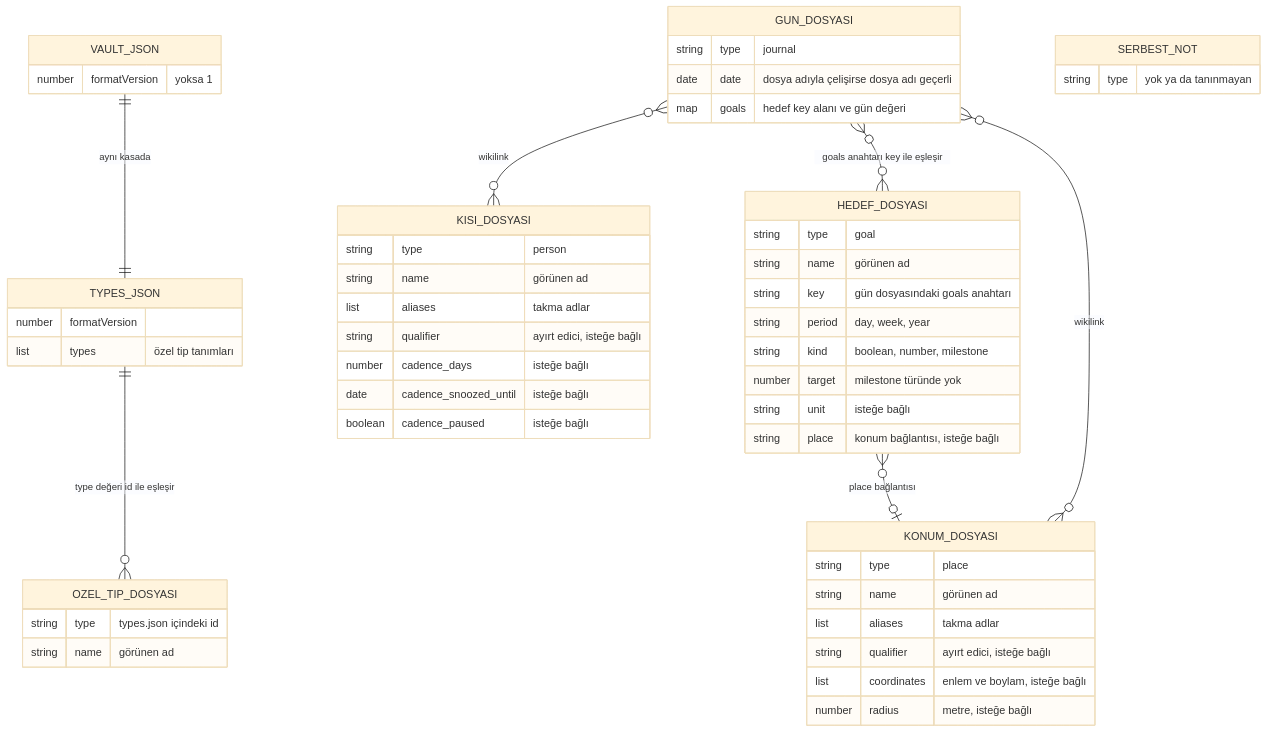
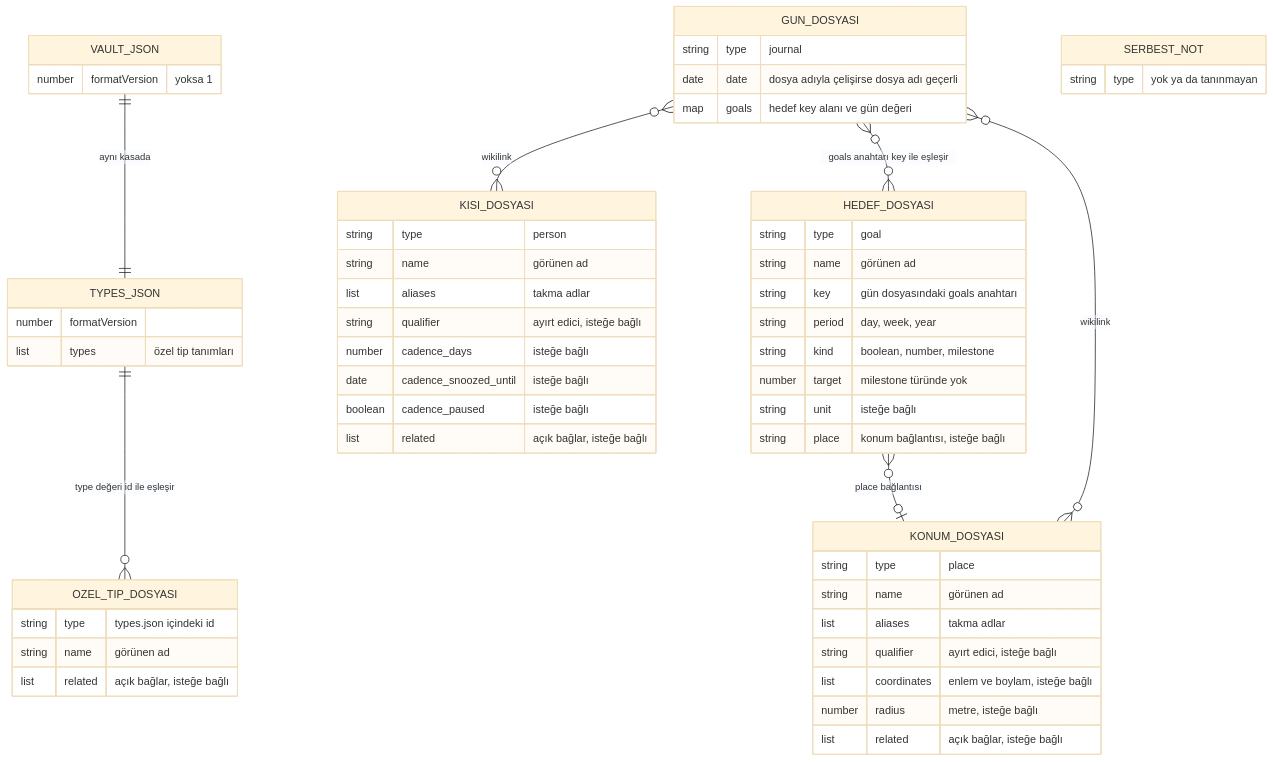
One commit to dogancanyildiz/kenet changed the sixth of 22 diagrams in docs/vault-format.md. Above: the diagram before and after it, drawn with Mermaid (base theme). The commit also changed other lines of this file, not shown here.

Commit message:
docs: kasa biçimine açık ilişkiler bölümü (#341)

````diff
--- a/docs/vault-format.md
+++ b/docs/vault-format.md
@@ -284,55 +284,58 @@
 ```mermaid
 erDiagram
   VAULT_JSON {
     number formatVersion "yoksa 1"
   }
   TYPES_JSON {
     number formatVersion
     list types "özel tip tanımları"
   }
   GUN_DOSYASI {
     string type "journal"
     date date "dosya adıyla çelişirse dosya adı geçerli"
     map goals "hedef key alanı ve gün değeri"
   }
   KISI_DOSYASI {
     string type "person"
     string name "görünen ad"
     list aliases "takma adlar"
     string qualifier "ayırt edici, isteğe bağlı"
     number cadence_days "isteğe bağlı"
     date cadence_snoozed_until "isteğe bağlı"
     boolean cadence_paused "isteğe bağlı"
+    list related "açık bağlar, isteğe bağlı"
   }
   KONUM_DOSYASI {
     string type "place"
     string name "görünen ad"
     list aliases "takma adlar"
     string qualifier "ayırt edici, isteğe bağlı"
     list coordinates "enlem ve boylam, isteğe bağlı"
     number radius "metre, isteğe bağlı"
+    list related "açık bağlar, isteğe bağlı"
   }
   HEDEF_DOSYASI {
     string type "goal"
     string name "görünen ad"
     string key "gün dosyasındaki goals anahtarı"
     string period "day, week, year"
     string kind "boolean, number, milestone"
     number target "milestone türünde yok"
     string unit "isteğe bağlı"
     string place "konum bağlantısı, isteğe bağlı"
   }
   OZEL_TIP_DOSYASI {
     string type "types.json içindeki id"
     string name "görünen ad"
+    list related "açık bağlar, isteğe bağlı"
   }
   SERBEST_NOT {
     string type "yok ya da tanınmayan"
   }
   GUN_DOSYASI }o--o{ HEDEF_DOSYASI : "goals anahtarı key ile eşleşir"
   HEDEF_DOSYASI }o--o| KONUM_DOSYASI : "place bağlantısı"
   GUN_DOSYASI }o--o{ KISI_DOSYASI : "wikilink"
   GUN_DOSYASI }o--o{ KONUM_DOSYASI : "wikilink"
   TYPES_JSON ||--o{ OZEL_TIP_DOSYASI : "type değeri id ile eşleşir"
   VAULT_JSON ||--|| TYPES_JSON : "aynı kasada"
 ```
````
